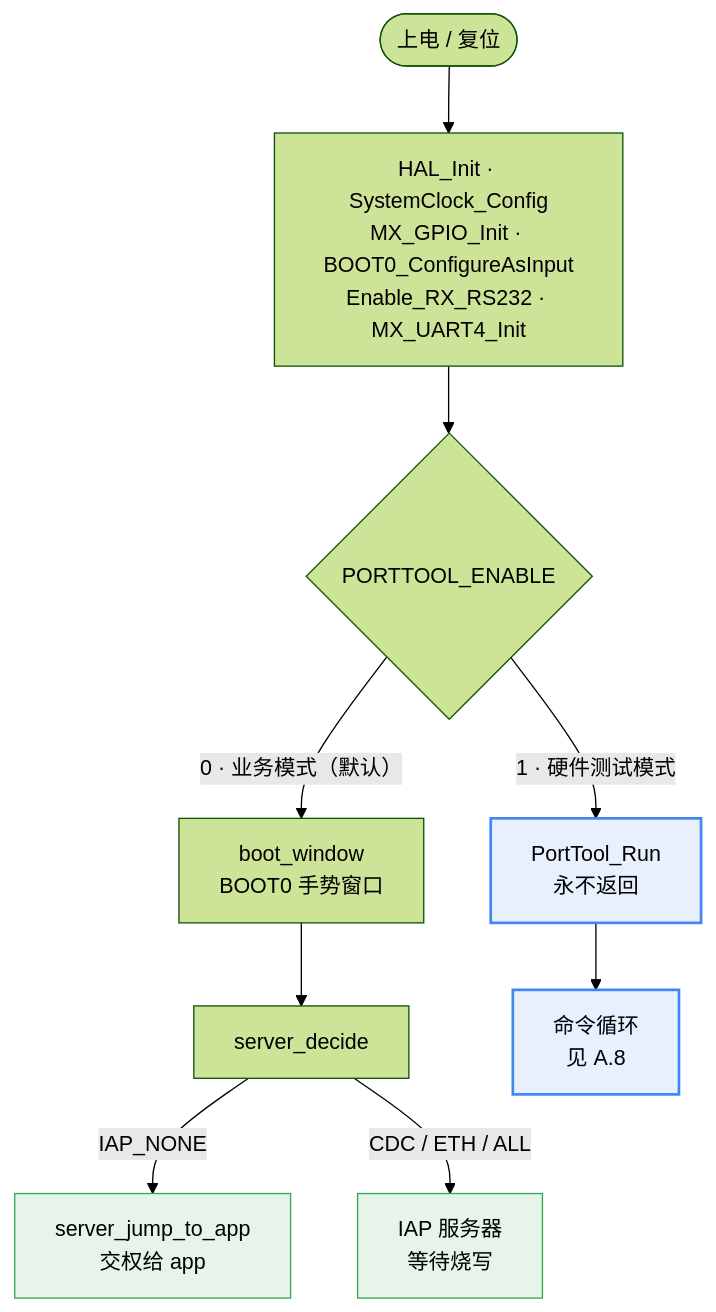
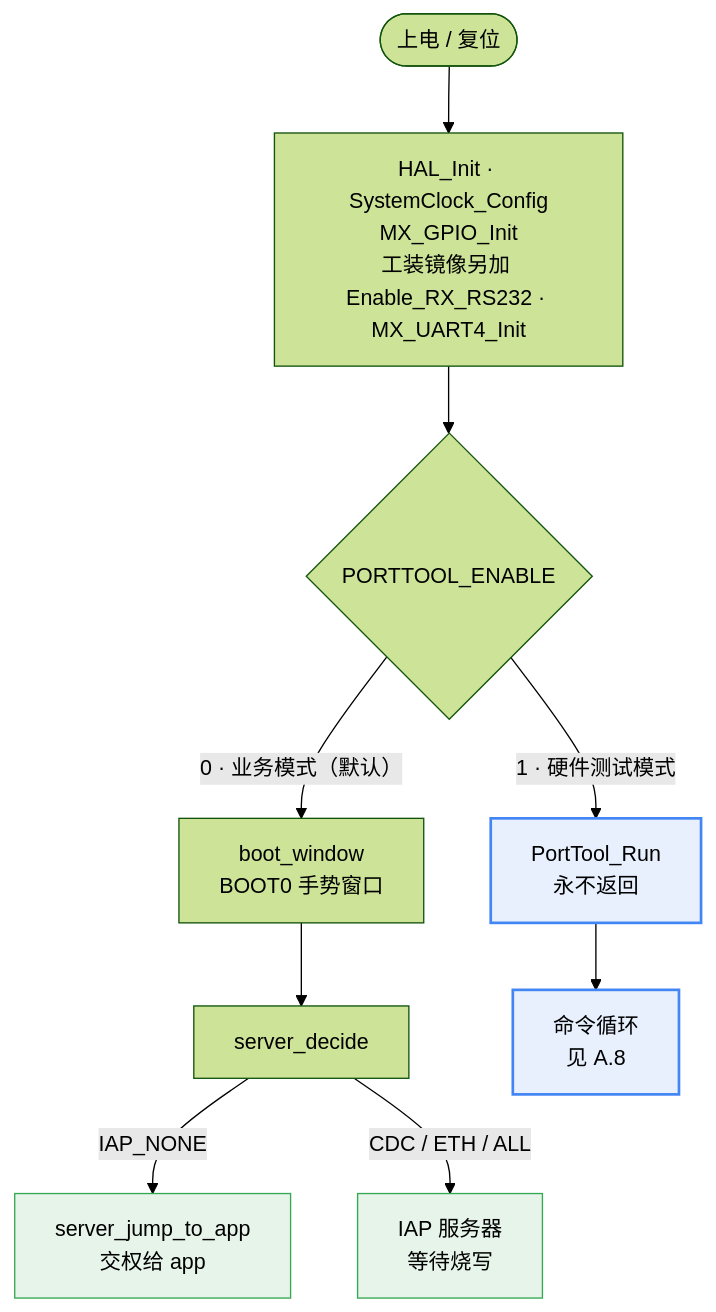
One commit to OpenPLCs/OpenPLC_Instruction changed the fifth of 8 diagrams in docs/modules/M4/PORTTOOL-FLOW.md. Above: the diagram before and after it, drawn with Mermaid (forest theme). The commit also changed other lines of this file and 33 other files, not shown here.

````diff
--- a/docs/modules/M4/PORTTOOL-FLOW.md
+++ b/docs/modules/M4/PORTTOOL-FLOW.md
@@ -789,19 +793,19 @@
 ```mermaid
 flowchart TD
-    RESET([上电 / 复位]) --> INIT["HAL_Init · SystemClock_Config<br/>MX_GPIO_Init · BOOT0_ConfigureAsInput<br/>Enable_RX_RS232 · MX_UART4_Init"]
+    RESET([上电 / 复位]) --> INIT["HAL_Init · SystemClock_Config<br/>MX_GPIO_Init<br/>工装镜像另加 Enable_RX_RS232 · MX_UART4_Init"]
     INIT --> SW{PORTTOOL_ENABLE}
 
     SW -->|"1 · 硬件测试模式"| PT["PortTool_Run<br/>永不返回"]
     SW -->|"0 · 业务模式（默认）"| BIZ["boot_window<br/>BOOT0 手势窗口"]
 
     BIZ --> DECIDE["server_decide"]
     DECIDE -->|IAP_NONE| JUMP["server_jump_to_app<br/>交权给 app"]
     DECIDE -->|CDC / ETH / ALL| IAP["IAP 服务器<br/>等待烧写"]
 
     PT --> LOOP["命令循环<br/>见 A.8"]
 
     style PT fill:#e8f0fe,stroke:#4285f4,stroke-width:2px
     style LOOP fill:#e8f0fe,stroke:#4285f4,stroke-width:2px
     style JUMP fill:#e6f4ea,stroke:#34a853
     style IAP fill:#e6f4ea,stroke:#34a853
 ```
````
